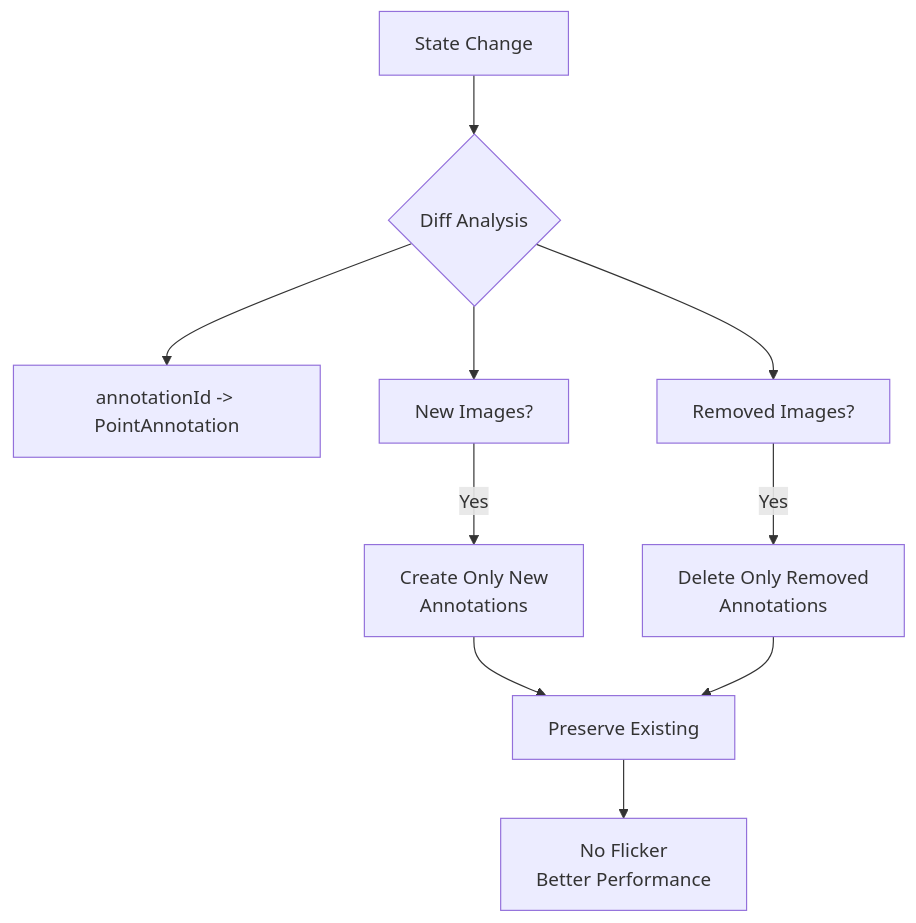
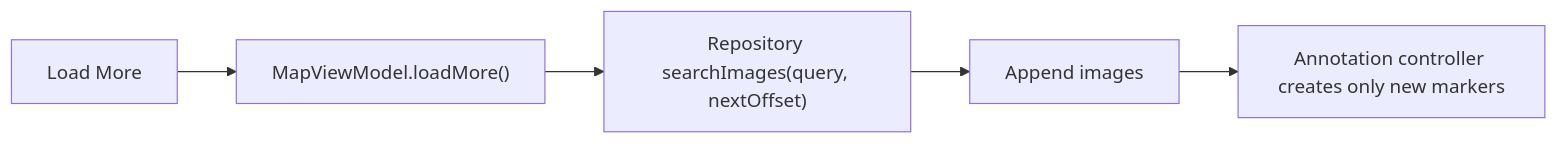
One commit to duchangyu/mapbox-wikimedia-explorer changed the fifth of 6 diagrams in ARCHITECTURE.md. Above: the diagram before and after it, drawn with Mermaid. The commit also changed other lines of this file, not shown here.

Commit message:
Update architecture documentation

````diff
--- a/ARCHITECTURE.md
+++ b/ARCHITECTURE.md
@@ -160,12 +135,7 @@
 ```mermaid
-flowchart TD
-    A["State Change"] --> B{"Diff Analysis"}
-    B --> C["annotationId -> PointAnnotation"]
-    B --> D["New Images?"]
-    B --> E["Removed Images?"]
-    D -->|Yes| F["Create Only New<br/>Annotations"]
-    E -->|Yes| G["Delete Only Removed<br/>Annotations"]
-    F --> H["Preserve Existing"]
-    G --> H
-    H --> I["No Flicker<br/>Better Performance"]
+flowchart LR
+    A["Load More"] --> B["MapViewModel.loadMore()"]
+    B --> C["Repository searchImages(query, nextOffset)"]
+    C --> D["Append images"]
+    D --> E["Annotation controller creates only new markers"]
 ```
````
